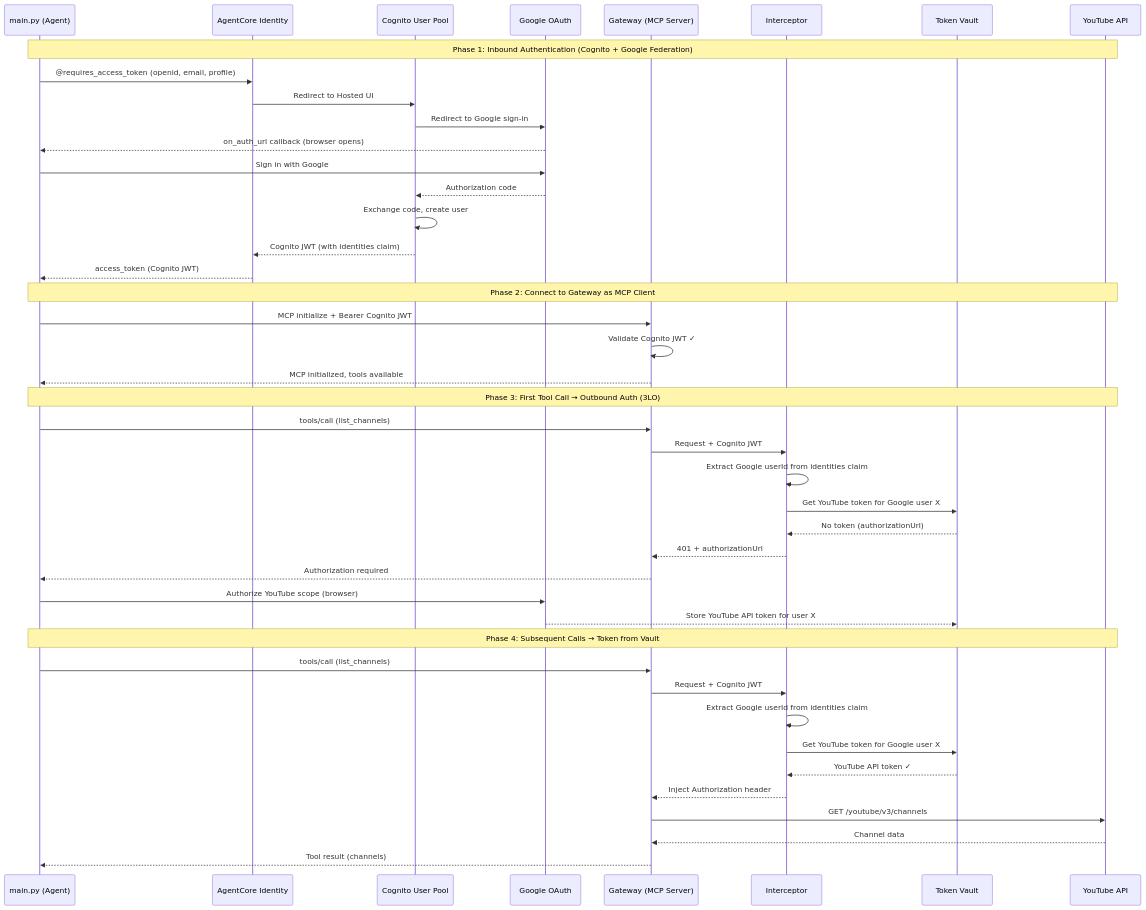
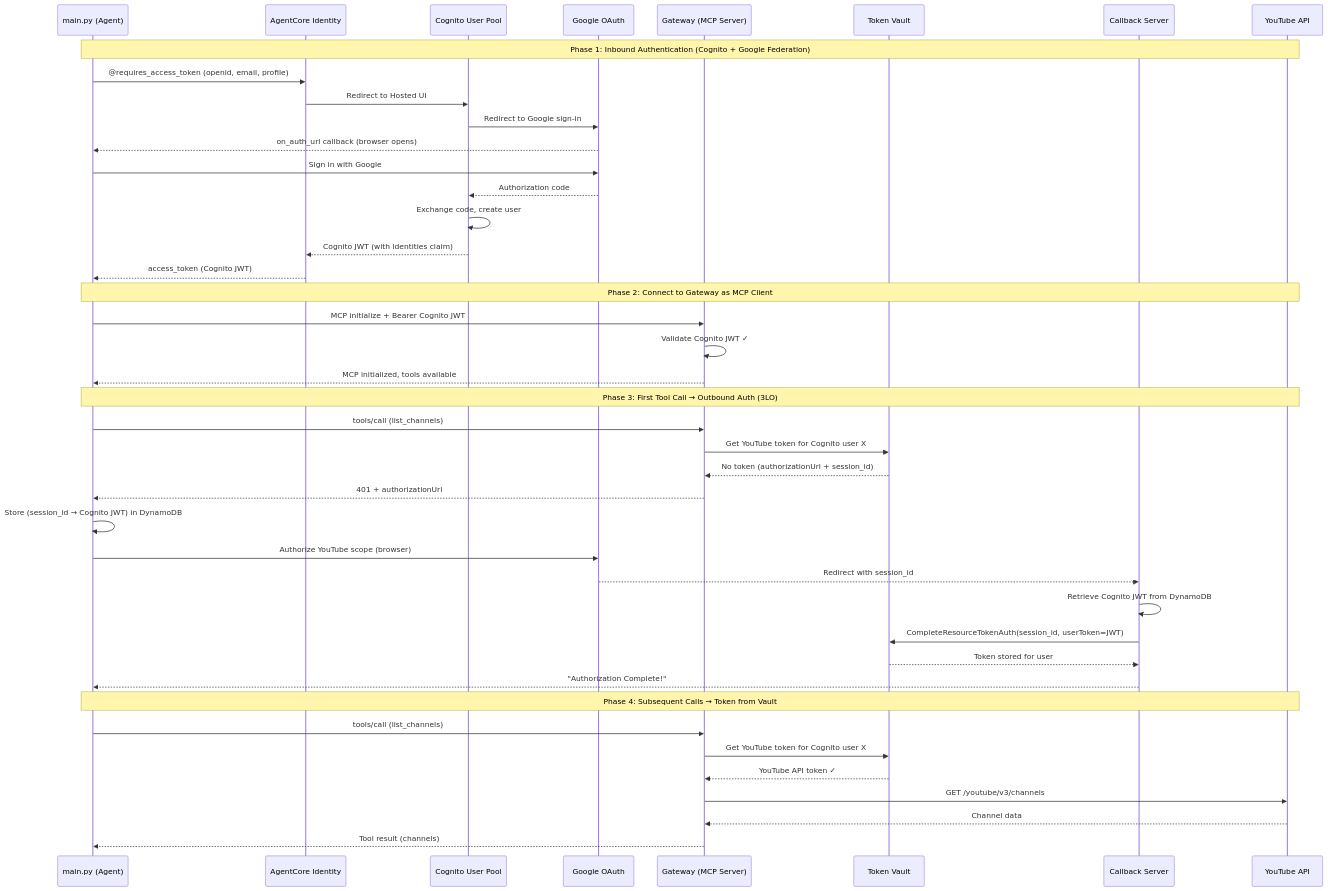
Before and after one commit to icoxfog417/agentcore-in-action: the second of 3 diagrams in oauth-gateway-from-agent/README.md, drawn with Mermaid. The commit also changed other lines of this file and 3 other files, not shown here.

````diff
--- a/oauth-gateway-from-agent/README.md
+++ b/oauth-gateway-from-agent/README.md
@@ -89,50 +90,49 @@
 ```mermaid
 sequenceDiagram
     participant User as main.py (Agent)
     participant Identity as AgentCore Identity
     participant Cognito as Cognito User Pool
     participant Google as Google OAuth
     participant Gateway as Gateway (MCP Server)
-    participant Interceptor
     participant Vault as Token Vault
+    participant Callback as Callback Server
     participant YouTube as YouTube API
 
     Note over User,YouTube: Phase 1: Inbound Authentication (Cognito + Google Federation)
     User->>Identity: @requires_access_token (openid, email, profile)
     Identity->>Cognito: Redirect to Hosted UI
     Cognito->>Google: Redirect to Google sign-in
     Google-->>User: on_auth_url callback (browser opens)
     User->>Google: Sign in with Google
     Google-->>Cognito: Authorization code
     Cognito->>Cognito: Exchange code, create user
     Cognito-->>Identity: Cognito JWT (with identities claim)
     Identity-->>User: access_token (Cognito JWT)
 
     Note over User,YouTube: Phase 2: Connect to Gateway as MCP Client
     User->>Gateway: MCP initialize + Bearer Cognito JWT
     Gateway->>Gateway: Validate Cognito JWT ✓
     Gateway-->>User: MCP initialized, tools available
 
     Note over User,YouTube: Phase 3: First Tool Call → Outbound Auth (3LO)
     User->>Gateway: tools/call (list_channels)
-    Gateway->>Interceptor: Request + Cognito JWT
-    Interceptor->>Interceptor: Extract Google userId from identities claim
-    Interceptor->>Vault: Get YouTube token for Google user X
-    Vault-->>Interceptor: No token (authorizationUrl)
-    Interceptor-->>Gateway: 401 + authorizationUrl
-    Gateway-->>User: Authorization required
-
+    Gateway->>Vault: Get YouTube token for Cognito user X
+    Vault-->>Gateway: No token (authorizationUrl + session_id)
+    Gateway-->>User: 401 + authorizationUrl
+    User->>User: Store (session_id → Cognito JWT) in DynamoDB
+    
     User->>Google: Authorize YouTube scope (browser)
-    Google-->>Vault: Store YouTube API token for user X
+    Google-->>Callback: Redirect with session_id
+    Callback->>Callback: Retrieve Cognito JWT from DynamoDB
+    Callback->>Vault: CompleteResourceTokenAuth(session_id, userToken=JWT)
+    Vault-->>Callback: Token stored for user
+    Callback-->>User: "Authorization Complete!"
 
     Note over User,YouTube: Phase 4: Subsequent Calls → Token from Vault
     User->>Gateway: tools/call (list_channels)
-    Gateway->>Interceptor: Request + Cognito JWT
-    Interceptor->>Interceptor: Extract Google userId from identities claim
-    Interceptor->>Vault: Get YouTube token for Google user X
-    Vault-->>Interceptor: YouTube API token ✓
-    Interceptor-->>Gateway: Inject Authorization header
+    Gateway->>Vault: Get YouTube token for Cognito user X
+    Vault-->>Gateway: YouTube API token ✓
     Gateway->>YouTube: GET /youtube/v3/channels
     YouTube-->>Gateway: Channel data
     Gateway-->>User: Tool result (channels)
 ```
````
